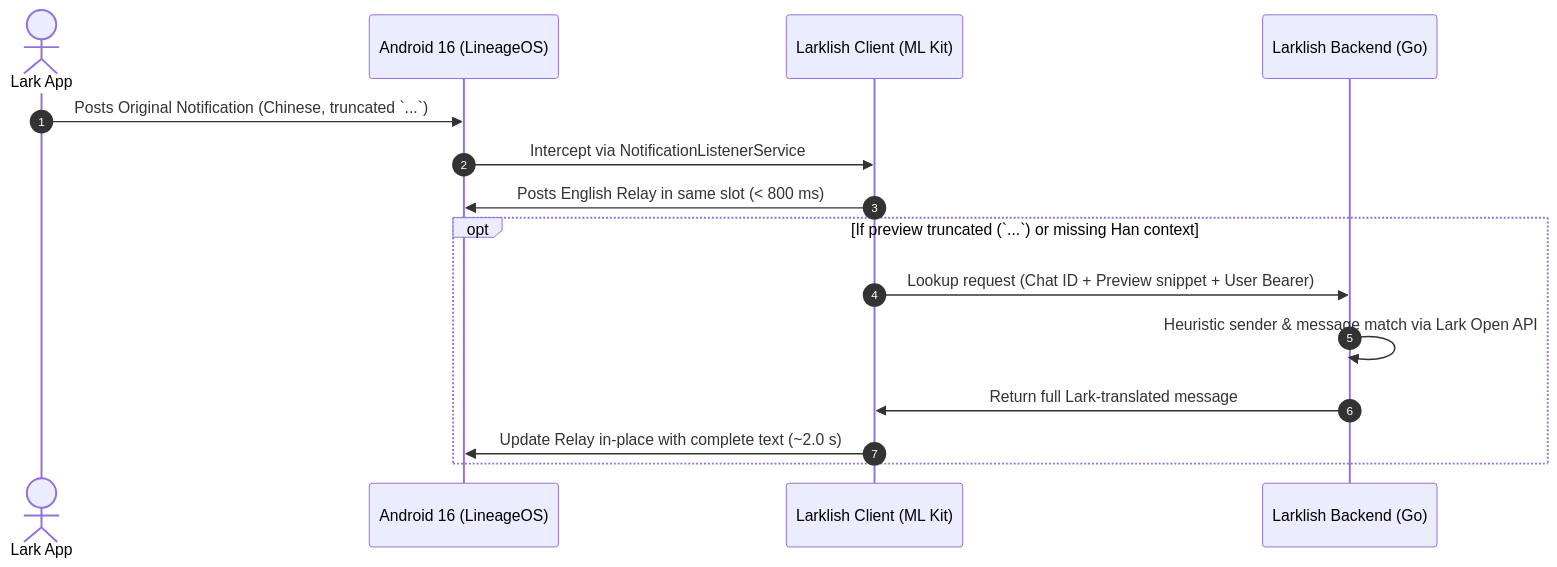
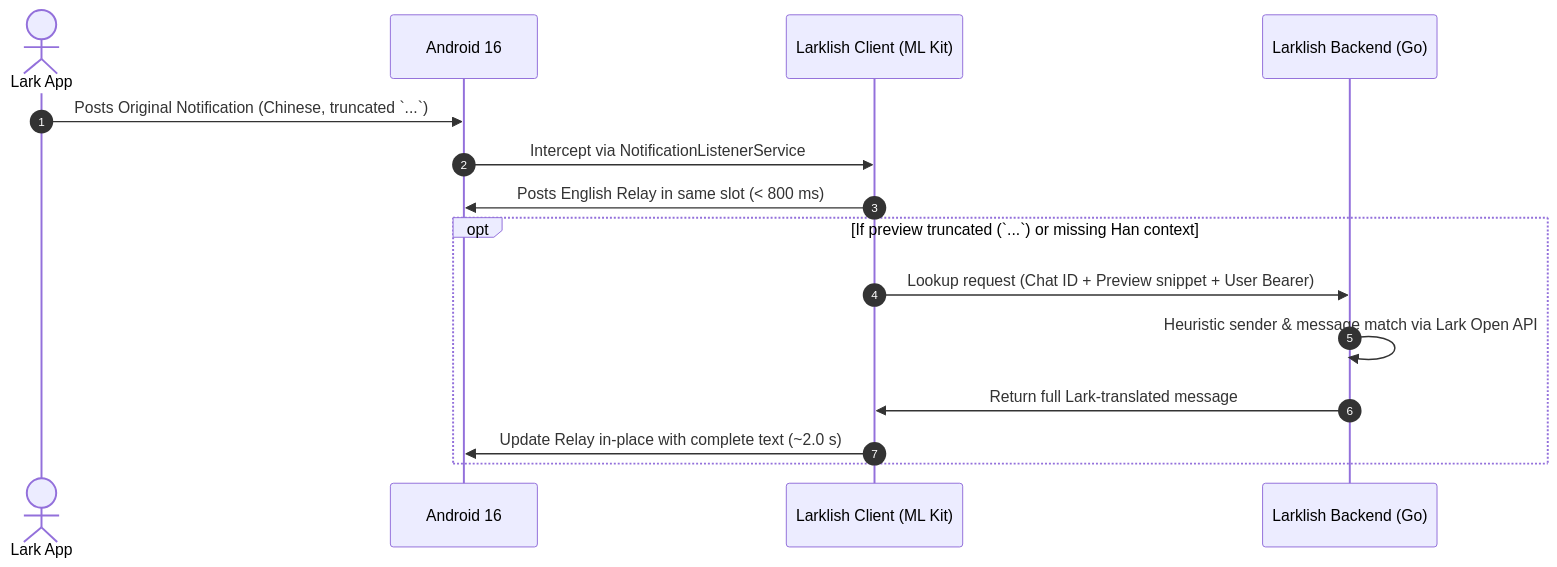
Before and after one commit to vegerot/larklish: the first of 2 diagrams in DEMO-DAY.md, drawn with Mermaid. The commit also changed 1 other file, not shown here.

Commit message:
docs: remove LineageOS references from presentation and README

````diff
--- a/DEMO-DAY.md
+++ b/DEMO-DAY.md
@@ -26,18 +26,18 @@
 ```mermaid
 sequenceDiagram
     autonumber
     actor Lark as Lark App
-    participant OS as Android 16 (LineageOS)
+    participant OS as Android 16
     participant Client as Larklish Client (ML Kit)
     participant Backend as Larklish Backend (Go)
     
     Lark->>OS: Posts Original Notification (Chinese, truncated `...`)
     OS->>Client: Intercept via NotificationListenerService
     Client->>OS: Posts English Relay in same slot (< 800 ms)
     opt If preview truncated (`...`) or missing Han context
         Client->>Backend: Lookup request (Chat ID + Preview snippet + User Bearer)
         Backend->>Backend: Heuristic sender & message match via Lark Open API
         Backend->>Client: Return full Lark-translated message
         Client->>OS: Update Relay in-place with complete text (~2.0 s)
     end
 ```
````
